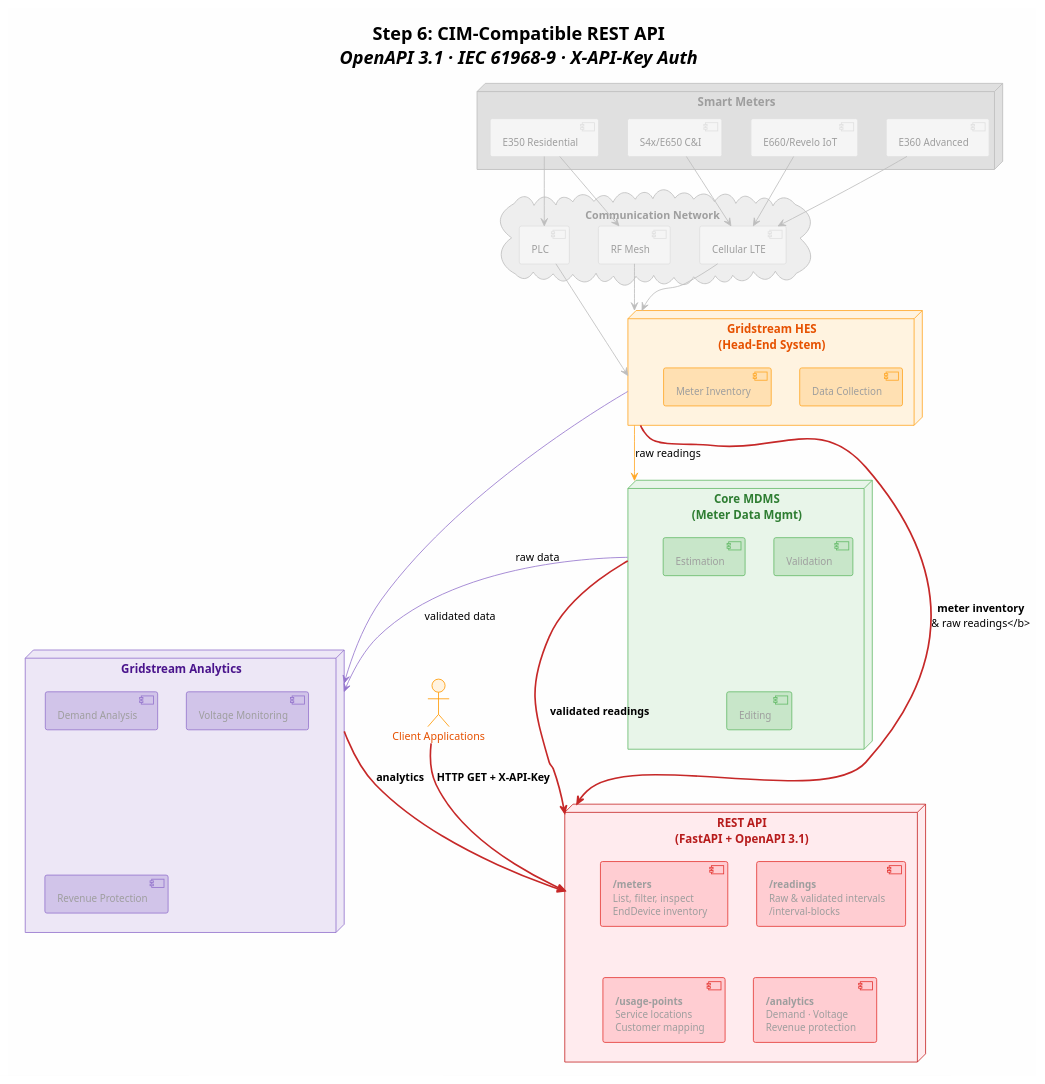
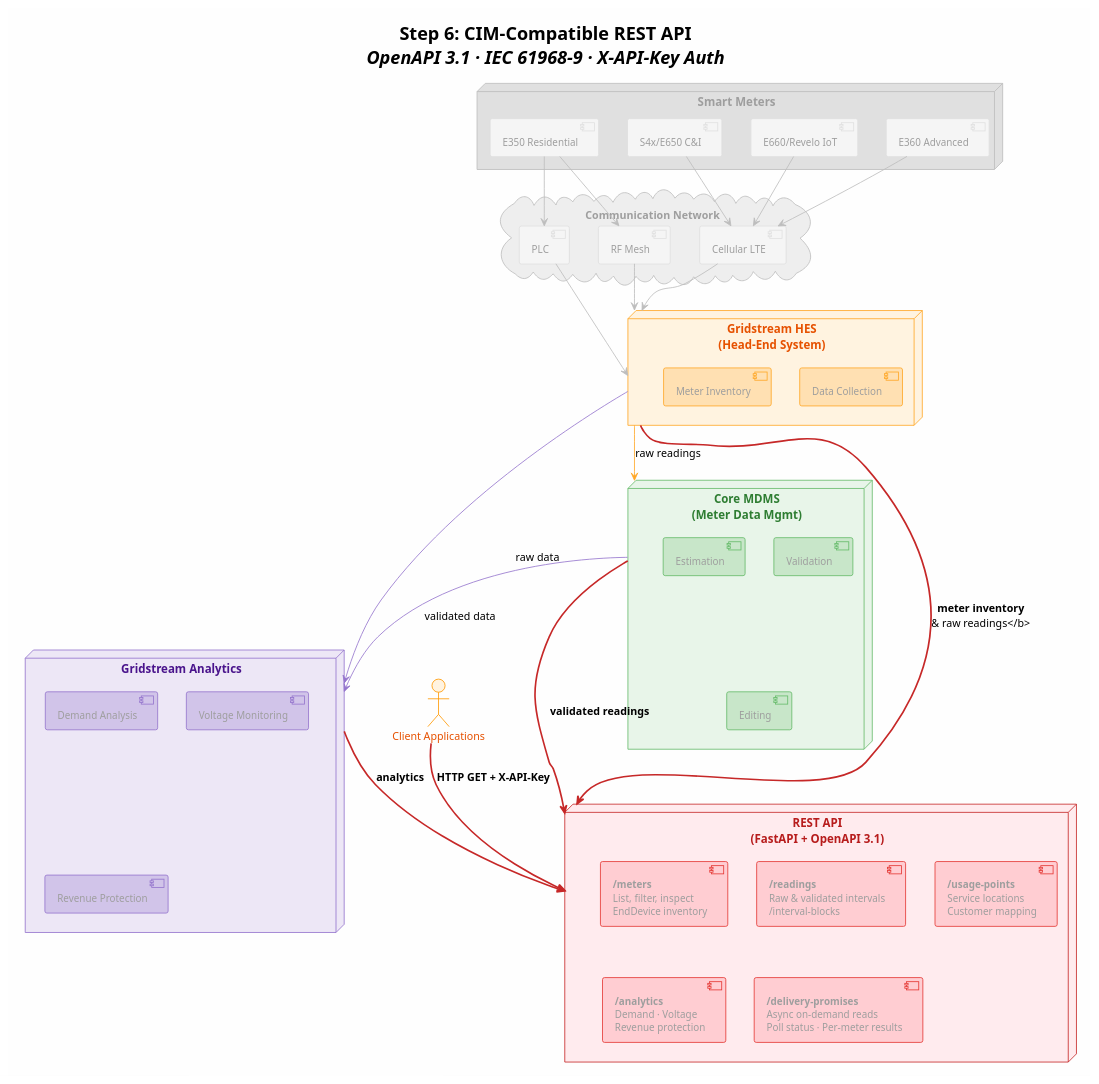
One commit to pjm4github/PokeAMI changed the diagram in docs/diagrams/walkthrough/architecture_step6_api.puml. Above: the diagram before and after it, drawn with PlantUML. The commit also changed 16 other files, not shown here.

First line of the commit message:
Rename to PokeAMI, update README and all PlantUML diagrams

```diff
--- a/docs/diagrams/walkthrough/architecture_step6_api.puml
+++ b/docs/diagrams/walkthrough/architecture_step6_api.puml
@@ -1,90 +1,91 @@
 @startuml Architecture - Step 6: REST API Layer
 !theme plain
 
 title <b>Step 6: CIM-Compatible REST API</b>\n<i>OpenAPI 3.1 · IEC 61968-9 · X-API-Key Auth</i>
 
 skinparam backgroundColor #FEFEFE
 skinparam defaultFontSize 13
 
 skinparam node {
     BackgroundColor #E0E0E0
     BorderColor #BDBDBD
     FontColor #9E9E9E
     FontSize 14
 }
 skinparam cloud {
     BackgroundColor #EEEEEE
     BorderColor #BDBDBD
     FontColor #9E9E9E
 }
 skinparam component {
     FontSize 12
     FontColor #9E9E9E
     BackgroundColor #F5F5F5
     BorderColor #E0E0E0
 }
 skinparam actor {
     BackgroundColor #EEEEEE
     BorderColor #BDBDBD
 }
 
 node "Smart Meters" as Meters {
     [E350 Residential] as E350
     [E360 Advanced] as E360
     [S4x/E650 C&I] as S4x
     [E660/Revelo IoT] as E660
 }
 
 cloud "Communication Network" as Comm {
     [RF Mesh] as RF
     [PLC] as PLC
     [Cellular LTE] as LTE
 }
 
 node "Gridstream HES\n(Head-End System)" as HES #FFF3E0;line:FFA726;text:E65100 {
     [Data Collection] as DC #FFE0B2;line:FFA726
     [Meter Inventory] as MI #FFE0B2;line:FFA726
 }
 
 node "Core MDMS\n(Meter Data Mgmt)" as MDM #E8F5E9;line:66BB6A;text:2E7D32 {
     [Validation] as Val #C8E6C9;line:66BB6A
     [Estimation] as Est #C8E6C9;line:66BB6A
     [Editing] as Edit #C8E6C9;line:66BB6A
 }
 
 node "Gridstream Analytics" as GA #EDE7F6;line:9575CD;text:4A148C {
     [Demand Analysis] as DA #D1C4E9;line:9575CD
     [Voltage Monitoring] as VM #D1C4E9;line:9575CD
     [Revenue Protection] as RP #D1C4E9;line:9575CD
 }
 
 node "REST API\n(FastAPI + OpenAPI 3.1)" as API #FFEBEE;line:C62828;text:B71C1C {
     [<b>/meters</b>\nList, filter, inspect\nEndDevice inventory] as EM #FFCDD2;line:E53935
     [<b>/readings</b>\nRaw & validated intervals\n/interval-blocks] as ER #FFCDD2;line:E53935
     [<b>/usage-points</b>\nService locations\nCustomer mapping] as EU #FFCDD2;line:E53935
     [<b>/analytics</b>\nDemand · Voltage\nRevenue protection] as EA #FFCDD2;line:E53935
+    [<b>/delivery-promises</b>\nAsync on-demand reads\nPoll status · Per-meter results] as EDP #FFCDD2;line:E53935
 }
 
 actor "Client Applications" as Client #FFF3E0;line:FF9800;text:E65100
 
 E350 -[#BDBDBD]-> RF
 E360 -[#BDBDBD]-> LTE
 S4x -[#BDBDBD]-> LTE
 E660 -[#BDBDBD]-> LTE
 E350 -[#BDBDBD]-> PLC
 
 RF -[#BDBDBD]-> HES
 PLC -[#BDBDBD]-> HES
 LTE -[#BDBDBD]-> HES
 
 HES -[#FFA726]-> MDM : raw readings
 MDM -[#9575CD]-> GA : validated data
 HES -[#9575CD]-> GA : raw data
 
 HES -[#C62828,bold]-> API : <b>meter inventory\n& raw readings</b>
 MDM -[#C62828,bold]-> API : <b>validated readings</b>
 GA -[#C62828,bold]-> API : <b>analytics</b>
 
 Client -[#C62828,bold]-> API : <b>HTTP GET + X-API-Key</b>
 
 @enduml
```
